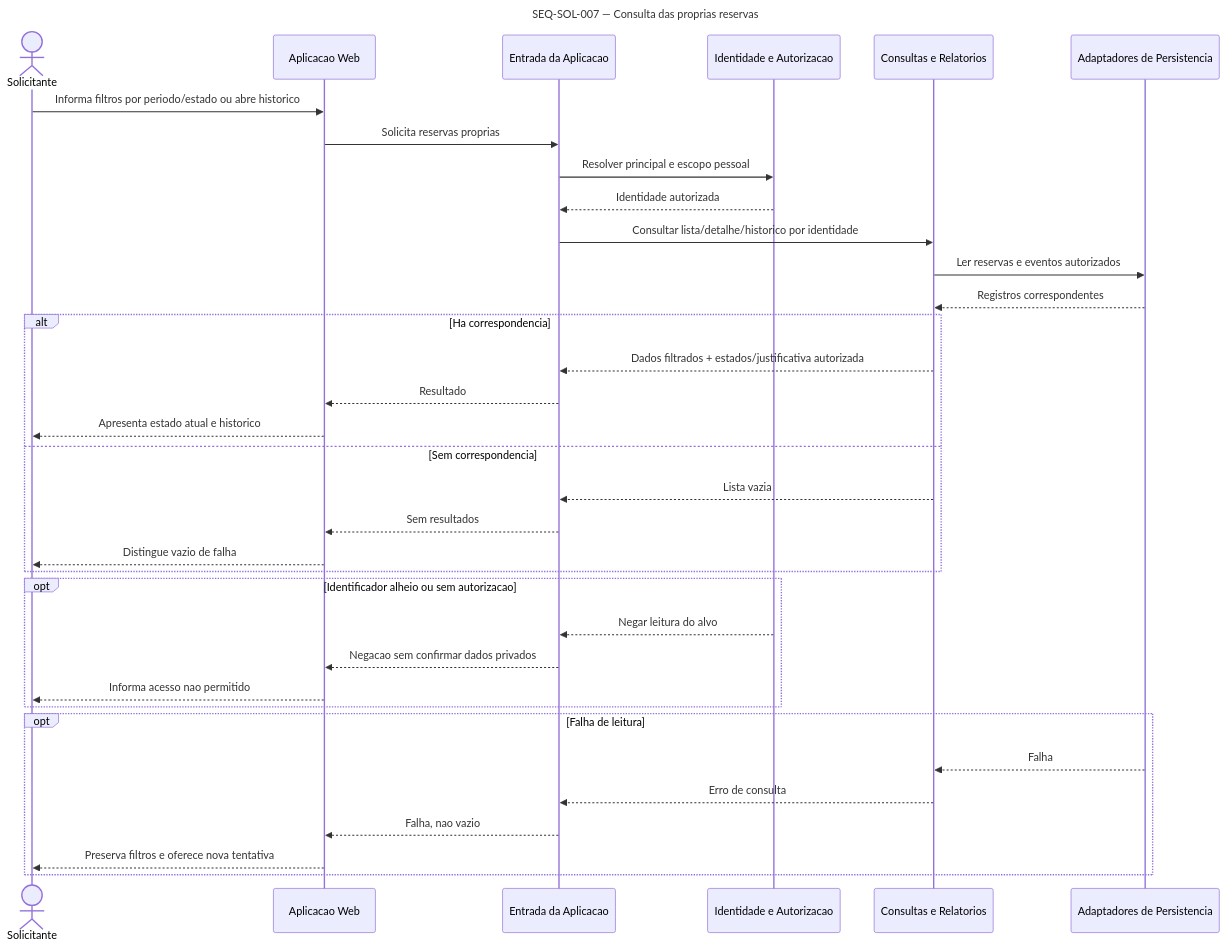
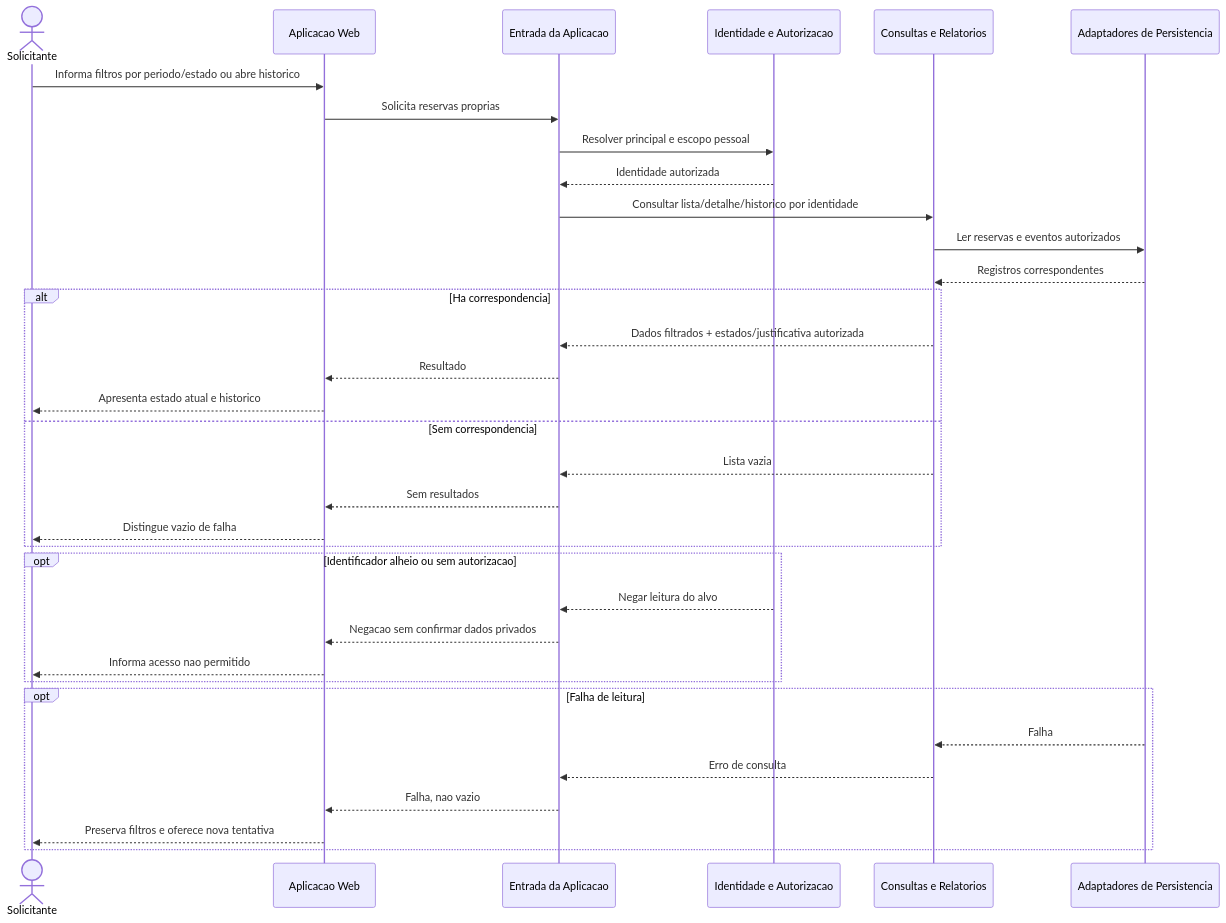
The seventh of 7 diagrams in PRD/arquitetura/uml/sequencia/SOLICITANTE.md (joaopaulofserafim/projeto_final_QAS), drawn with Mermaid before and after one commit. The commit also changed other lines of this file and 26 other files, not shown here.

````diff
--- a/PRD/arquitetura/uml/sequencia/SOLICITANTE.md
+++ b/PRD/arquitetura/uml/sequencia/SOLICITANTE.md
@@ -329,38 +329,38 @@
 ```mermaid
 sequenceDiagram
-    title SEQ-SOL-007 — Consulta das proprias reservas
+    %% SEQ-SOL-007 — Consulta das proprias reservas
     actor Sol as Solicitante
     participant Web as Aplicacao Web
     participant Entrada as Entrada da Aplicacao
     participant Auth as Identidade e Autorizacao
     participant Relatorios as Consultas e Relatorios
     participant Persistencia as Adaptadores de Persistencia
 
     Sol->>Web: Informa filtros por periodo/estado ou abre historico
     Web->>Entrada: Solicita reservas proprias
     Entrada->>Auth: Resolver principal e escopo pessoal
     Auth-->>Entrada: Identidade autorizada
     Entrada->>Relatorios: Consultar lista/detalhe/historico por identidade
     Relatorios->>Persistencia: Ler reservas e eventos autorizados
     Persistencia-->>Relatorios: Registros correspondentes
     alt Ha correspondencia
         Relatorios-->>Entrada: Dados filtrados + estados/justificativa autorizada
         Entrada-->>Web: Resultado
         Web-->>Sol: Apresenta estado atual e historico
     else Sem correspondencia
         Relatorios-->>Entrada: Lista vazia
         Entrada-->>Web: Sem resultados
         Web-->>Sol: Distingue vazio de falha
     end
     opt Identificador alheio ou sem autorizacao
         Auth-->>Entrada: Negar leitura do alvo
         Entrada-->>Web: Negacao sem confirmar dados privados
         Web-->>Sol: Informa acesso nao permitido
     end
     opt Falha de leitura
         Persistencia-->>Relatorios: Falha
         Relatorios-->>Entrada: Erro de consulta
         Entrada-->>Web: Falha, nao vazio
         Web-->>Sol: Preserva filtros e oferece nova tentativa
     end
 ```
````
